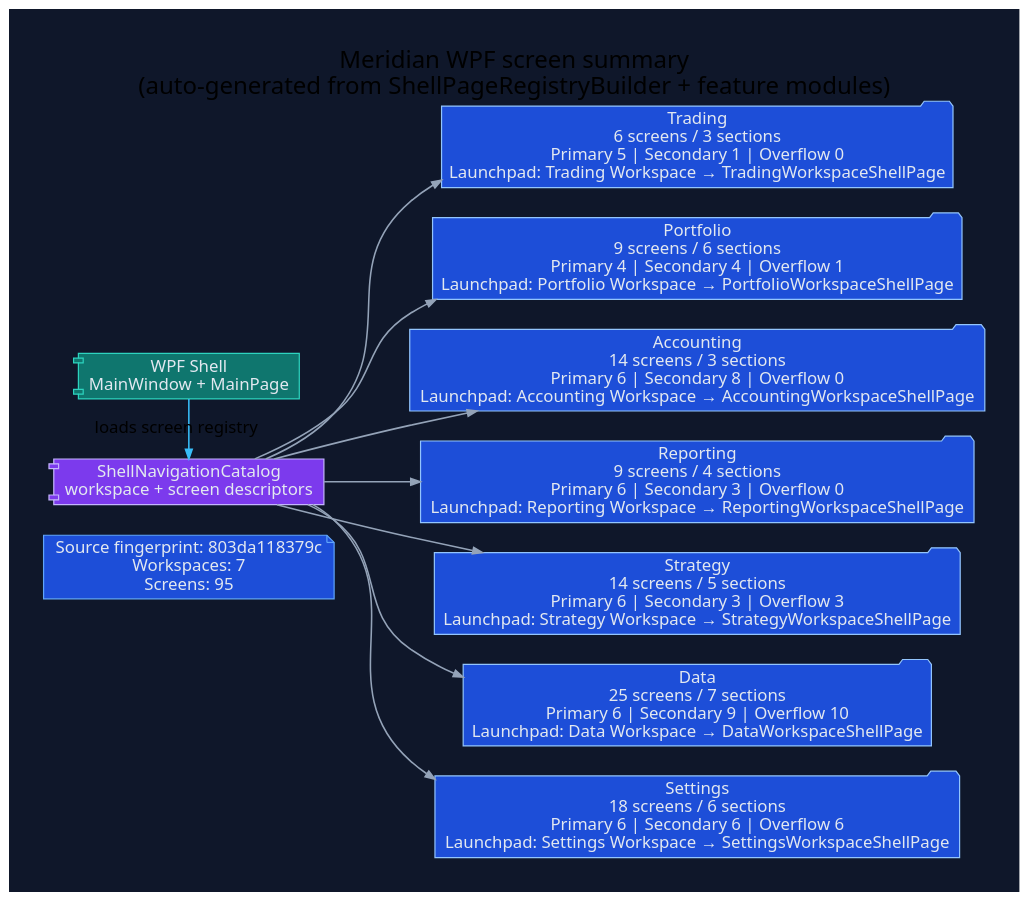
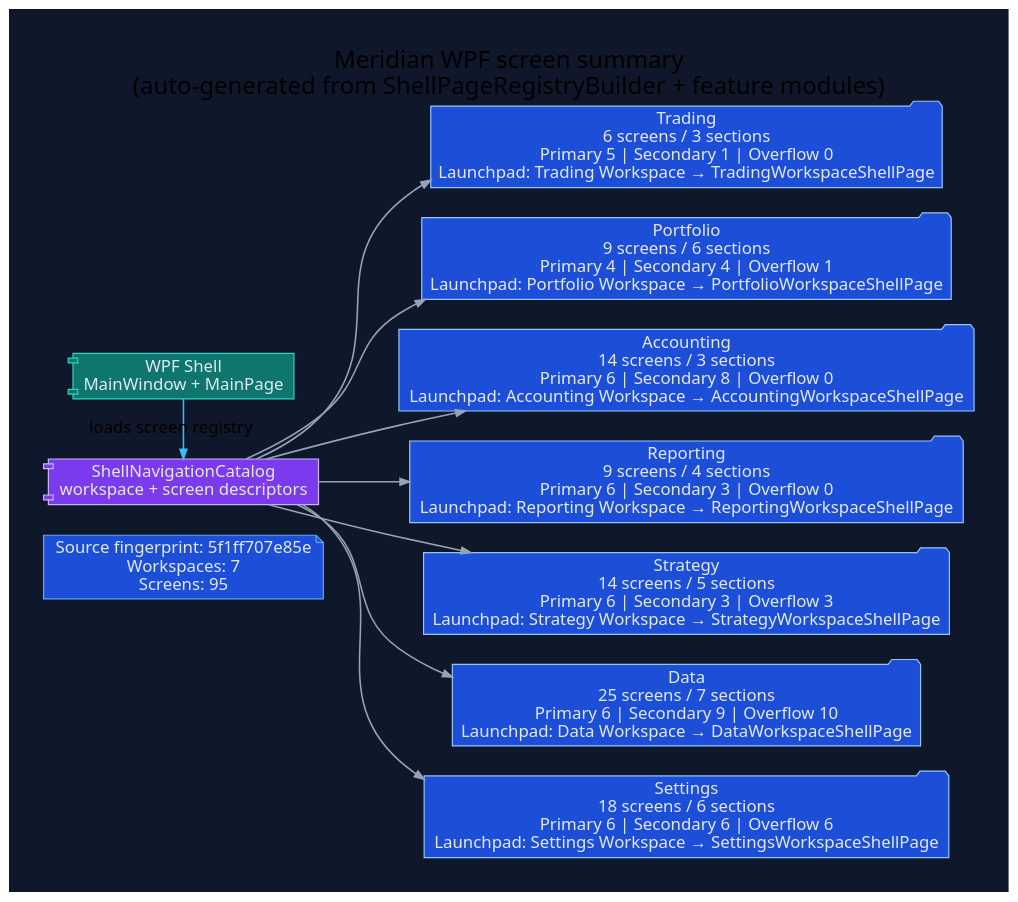
Before and after one commit to rodoHasArrived/Meridian-main: the diagram in docs/diagrams/ui/ui-wpf-screen-summary.dot, drawn with Graphviz. The commit also changed 43 other files, not shown here.

First line of the commit message:
Regenerate UI diagrams on the merged tree

```diff
--- a/docs/diagrams/ui/ui-wpf-screen-summary.dot
+++ b/docs/diagrams/ui/ui-wpf-screen-summary.dot
@@ -1,42 +1,42 @@
 // -----------------------------------------------------------------------------
 // <auto-generated>
 // Generated by scripts/generate-diagrams.mjs.
 // Do not edit this file directly; update the WPF source files instead.
 // -----------------------------------------------------------------------------
 digraph WpfScreenSummary {
   graph [
     rankdir=LR,
     labelloc=t,
     label="Meridian WPF screen summary\n(auto-generated from ShellPageRegistryBuilder + feature modules)",
     fontname="Segoe UI",
     fontsize=20,
     pad=0.4,
     nodesep=0.35,
     ranksep=0.85,
     bgcolor="#0f172a"
   ];
   node [fontname="Segoe UI", shape=box, style="rounded,filled", color="#475569", fontcolor="#e2e8f0", fillcolor="#1e293b"];
   edge [fontname="Segoe UI", color="#94a3b8", penwidth=1.3, arrowsize=0.8];
 
-  generated [shape=note, fillcolor="#1d4ed8", color="#60a5fa", label="Source fingerprint: 803da118379c\nWorkspaces: 7\nScreens: 95"];
+  generated [shape=note, fillcolor="#1d4ed8", color="#60a5fa", label="Source fingerprint: 5f1ff707e85e\nWorkspaces: 7\nScreens: 95"];
   shell [shape=component, fillcolor="#0f766e", color="#2dd4bf", label="WPF Shell\nMainWindow + MainPage"];
   catalog [shape=component, fillcolor="#7c3aed", color="#c4b5fd", label="ShellNavigationCatalog\nworkspace + screen descriptors"];
   shell -> catalog [label="loads screen registry", color="#38bdf8"];
 
   workspace_1 [shape=folder, fillcolor="#1d4ed8", color="#93c5fd", label="Trading\n6 screens / 3 sections\nPrimary 5 | Secondary 1 | Overflow 0\nLaunchpad: Trading Workspace → TradingWorkspaceShellPage"];
   catalog -> workspace_1;
   workspace_2 [shape=folder, fillcolor="#1d4ed8", color="#93c5fd", label="Portfolio\n9 screens / 6 sections\nPrimary 4 | Secondary 4 | Overflow 1\nLaunchpad: Portfolio Workspace → PortfolioWorkspaceShellPage"];
   catalog -> workspace_2;
   workspace_3 [shape=folder, fillcolor="#1d4ed8", color="#93c5fd", label="Accounting\n14 screens / 3 sections\nPrimary 6 | Secondary 8 | Overflow 0\nLaunchpad: Accounting Workspace → AccountingWorkspaceShellPage"];
   catalog -> workspace_3;
   workspace_4 [shape=folder, fillcolor="#1d4ed8", color="#93c5fd", label="Reporting\n9 screens / 4 sections\nPrimary 6 | Secondary 3 | Overflow 0\nLaunchpad: Reporting Workspace → ReportingWorkspaceShellPage"];
   catalog -> workspace_4;
   workspace_5 [shape=folder, fillcolor="#1d4ed8", color="#93c5fd", label="Strategy\n14 screens / 5 sections\nPrimary 6 | Secondary 3 | Overflow 3\nLaunchpad: Strategy Workspace → StrategyWorkspaceShellPage"];
   catalog -> workspace_5;
   workspace_6 [shape=folder, fillcolor="#1d4ed8", color="#93c5fd", label="Data\n25 screens / 7 sections\nPrimary 6 | Secondary 9 | Overflow 10\nLaunchpad: Data Workspace → DataWorkspaceShellPage"];
   catalog -> workspace_6;
   workspace_7 [shape=folder, fillcolor="#1d4ed8", color="#93c5fd", label="Settings\n18 screens / 6 sections\nPrimary 6 | Secondary 6 | Overflow 6\nLaunchpad: Settings Workspace → SettingsWorkspaceShellPage"];
   catalog -> workspace_7;
 
   { rank=min; generated; shell; catalog; }
 }
```
